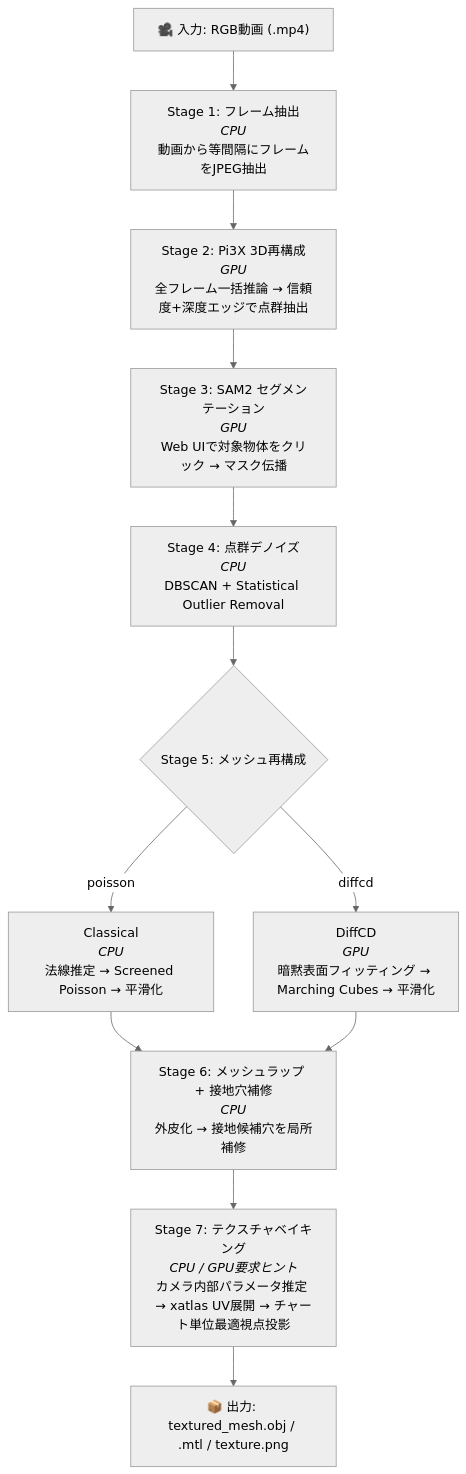
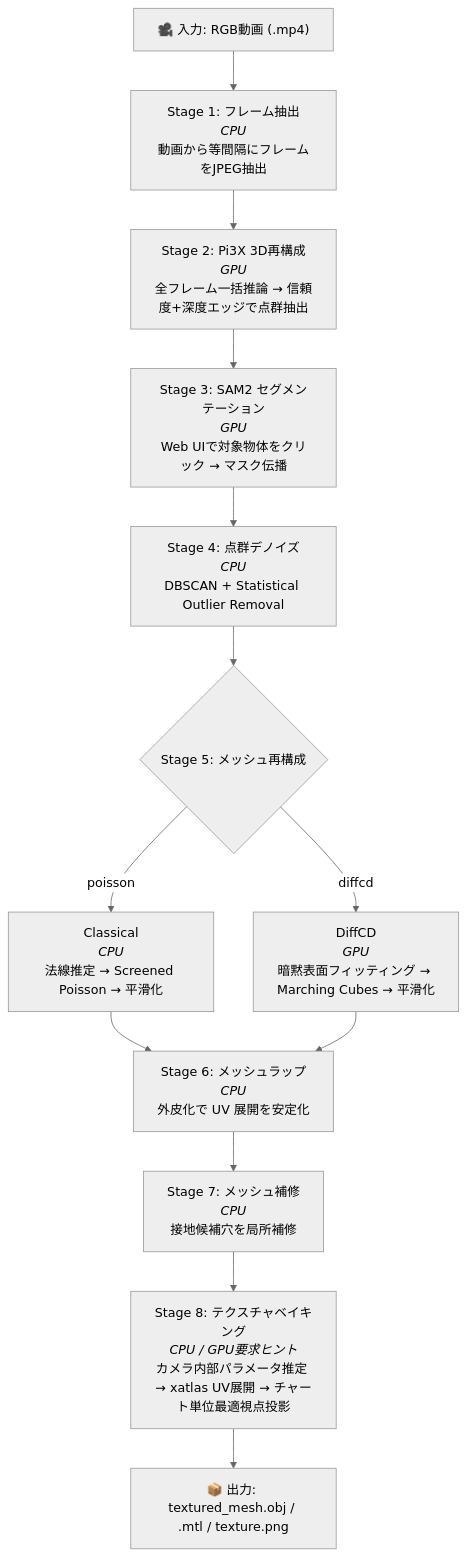
The diagram in README.md (TANUKIpro/3d-recon-pipeline), drawn with Mermaid (neutral theme) before and after one commit. The commit also changed other lines of this file and 23 other files, not shown here.

````diff
--- a/README.md
+++ b/README.md
@@ -15,21 +15,22 @@
 ```mermaid
 graph TD
     INPUT["🎥 入力: RGB動画 (.mp4)"]
     S1["Stage 1: フレーム抽出<br/><i>CPU</i><br/>動画から等間隔にフレームをJPEG抽出"]
     S2["Stage 2: Pi3X 3D再構成<br/><i>GPU</i><br/>全フレーム一括推論 → 信頼度+深度エッジで点群抽出"]
     S3["Stage 3: SAM2 セグメンテーション<br/><i>GPU</i><br/>Web UIで対象物体をクリック → マスク伝播"]
     S4["Stage 4: 点群デノイズ<br/><i>CPU</i><br/>DBSCAN + Statistical Outlier Removal"]
     S5{"Stage 5: メッシュ再構成"}
     S5C["Classical<br/><i>CPU</i><br/>法線推定 → Screened Poisson → 平滑化"]
     S5D["DiffCD<br/><i>GPU</i><br/>暗黙表面フィッティング → Marching Cubes → 平滑化"]
-    S6["Stage 6: メッシュラップ + 接地穴補修<br/><i>CPU</i><br/>外皮化 → 接地候補穴を局所補修"]
-    S7["Stage 7: テクスチャベイキング<br/><i>CPU / GPU要求ヒント</i><br/>カメラ内部パラメータ推定 → xatlas UV展開 → チャート単位最適視点投影"]
+    S6["Stage 6: メッシュラップ<br/><i>CPU</i><br/>外皮化で UV 展開を安定化"]
+    S7["Stage 7: メッシュ補修<br/><i>CPU</i><br/>接地候補穴を局所補修"]
+    S8["Stage 8: テクスチャベイキング<br/><i>CPU / GPU要求ヒント</i><br/>カメラ内部パラメータ推定 → xatlas UV展開 → チャート単位最適視点投影"]
     OUTPUT["📦 出力: textured_mesh.obj / .mtl / texture.png"]
 
     INPUT --> S1 --> S2 --> S3 --> S4 --> S5
     S5 -->|poisson| S5C
     S5 -->|diffcd| S5D
     S5C --> S6
     S5D --> S6
-    S6 --> S7 --> OUTPUT
+    S6 --> S7 --> S8 --> OUTPUT
 ```
````
